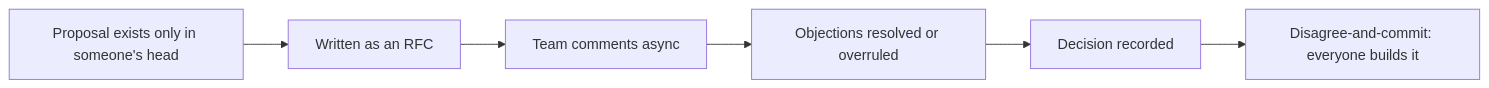
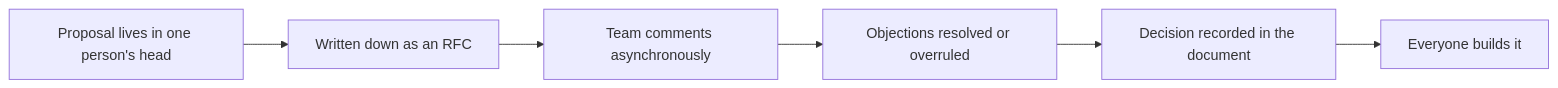
The diagram in src/content/git-teamwork/rfcs/L1-summary.mdx (francoandreDev/knowledge), drawn with Mermaid before and after one commit. The commit also changed other lines of this file and 3 other files, not shown here.

````diff
--- a/src/content/git-teamwork/rfcs/L1-summary.mdx
+++ b/src/content/git-teamwork/rfcs/L1-summary.mdx
@@ -83,8 +67,8 @@
 ```mermaid
 flowchart LR
-    A["Proposal exists only in someone's head"] --> B["Written as an RFC"]
-    B --> C["Team comments async"]
+    A["Proposal lives in one person's head"] --> B["Written down as an RFC"]
+    B --> C["Team comments asynchronously"]
     C --> D["Objections resolved or overruled"]
-    D --> E["Decision recorded"]
-    E --> F["Disagree-and-commit: everyone builds it"]
+    D --> E["Decision recorded in the document"]
+    E --> F["Everyone builds it"]
 ```
````
